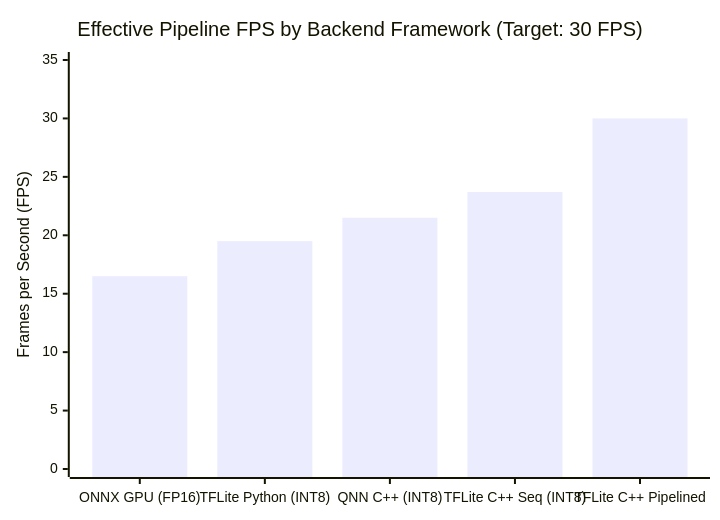
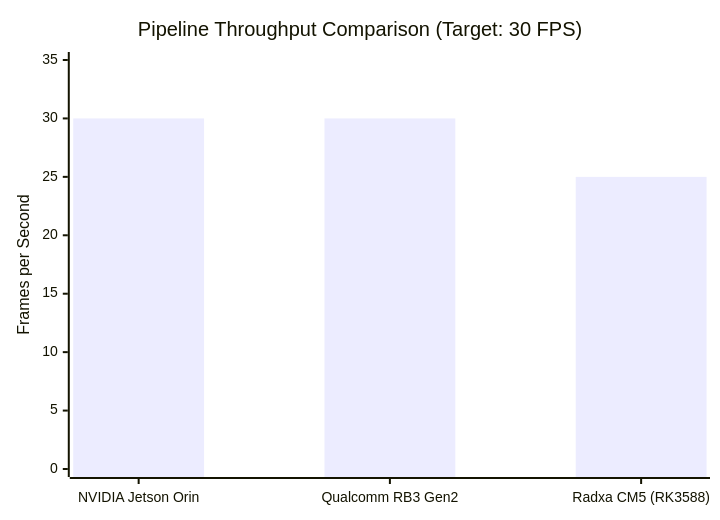
Before and after one commit to zok213/DAT1: the first of 2 diagrams in README.md, drawn with Mermaid. The commit also changed other lines of this file, not shown here.

Commit message:
docs: Create master landing page comparing Qualcomm, Jetson, and Radxa architectures

````diff
--- a/README.md
+++ b/README.md
@@ -18,7 +28,7 @@
 ```mermaid
 xychart-beta
-    title "Effective Pipeline FPS by Backend Framework (Target: 30 FPS)"
-    x-axis ["ONNX GPU (FP16)", "TFLite Python (INT8)", "QNN C++ (INT8)", "TFLite C++ Seq (INT8)", "TFLite C++ Pipelined"]
-    y-axis "Frames per Second (FPS)" 0 --> 35
-    bar [16.5, 19.5, 21.5, 23.7, 30.0]
+    title "Pipeline Throughput Comparison (Target: 30 FPS)"
+    x-axis ["NVIDIA Jetson Orin", "Qualcomm RB3 Gen2", "Radxa CM5 (RK3588)"]
+    y-axis "Frames per Second" 0 --> 35
+    bar [30.0, 30.0, 25.0]
 ```
````
